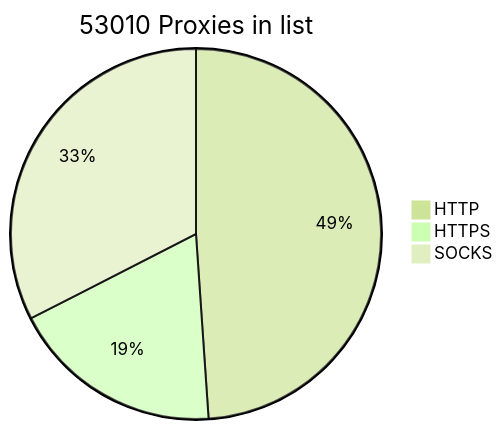
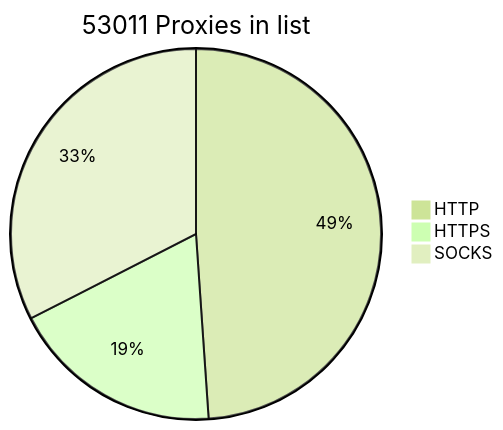
Before and after one commit to BlackSnowDot/proxylist-update-every-minute: the diagram in README.md, drawn with Mermaid (forest theme).

````diff
--- a/README.md
+++ b/README.md
@@ -2,6 +2,6 @@
 ```mermaid
-pie title 53010 Proxies in list
-    "HTTP" : 29178
+pie title 53011 Proxies in list
+    "HTTP" : 29175
     "HTTPS": 11076
-    "SOCKS" : 19397
+    "SOCKS" : 19399
 ```
````
